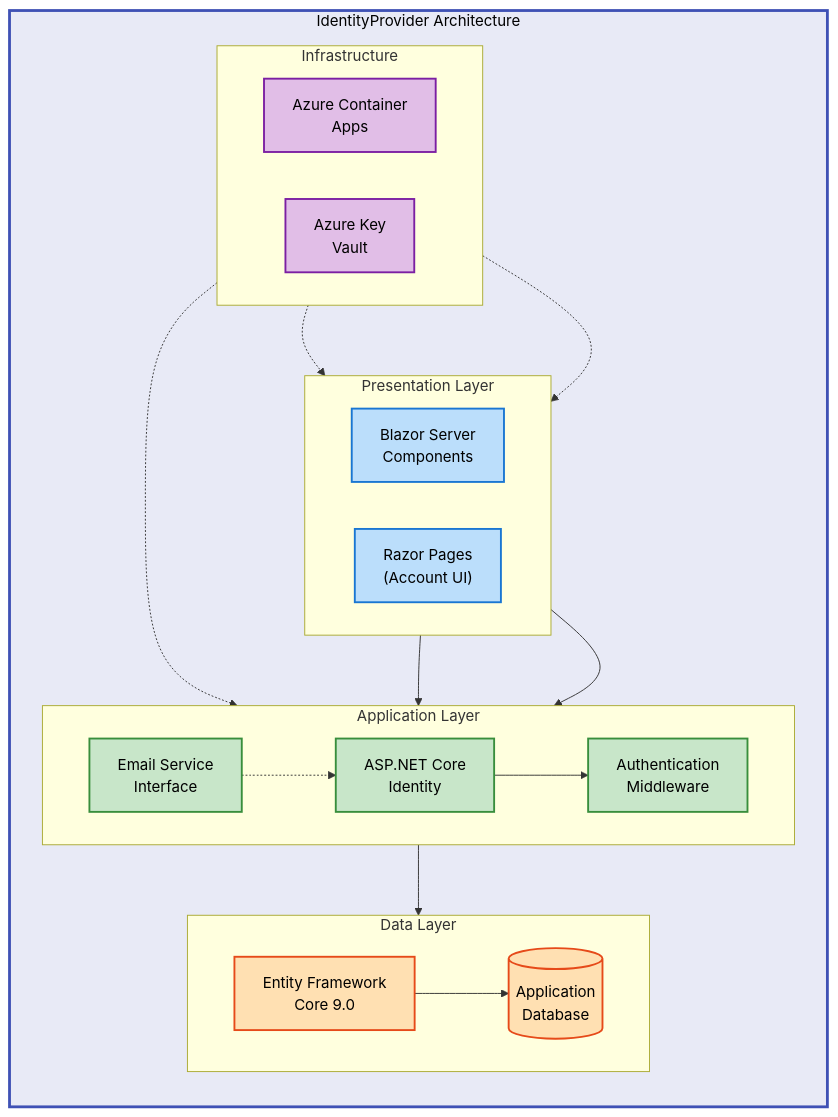
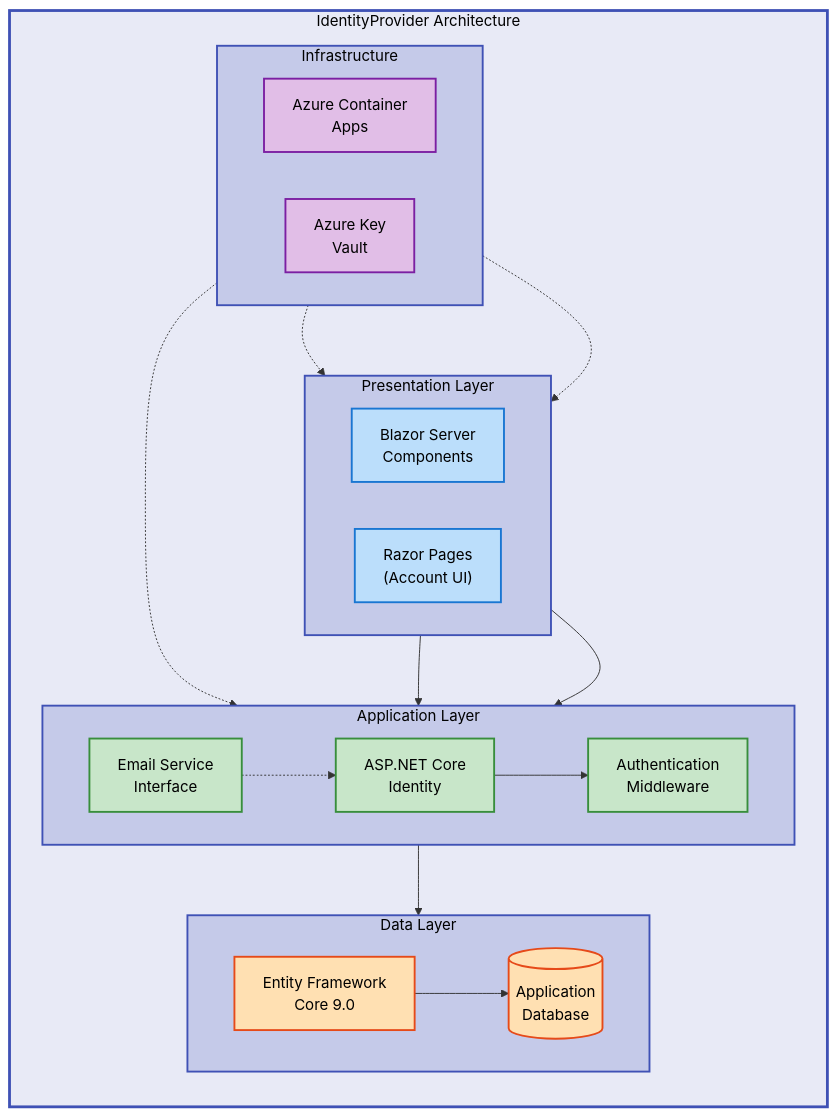
One commit to Evilazaro/IdentityProvider changed the diagram in README.md. Above: the diagram before and after it, drawn with Mermaid.

Commit message:
Enhance architecture diagram in README.md with improved color scheme and group definitions for better clarity

````diff
--- a/README.md
+++ b/README.md
@@ -199,52 +199,74 @@
 ```mermaid
 %%{init: {"flowchart": {"htmlLabels": false}} }%%
 flowchart TB
+    %% ============================================
+    %% STANDARD COLOR SCHEME
+    %% ============================================
+    %% Main Group (Neutral background - MANDATORY)
     classDef mainGroup fill:#E8EAF6,stroke:#3F51B5,stroke-width:3px,color:#000
+
+    %% Sub Group
+    classDef subGroup fill:#C5CAE9,stroke:#3F51B5,stroke-width:2px,color:#000
+
+    %% Content (Semantic colors)
     classDef mdBlue fill:#BBDEFB,stroke:#1976D2,stroke-width:2px,color:#000
     classDef mdGreen fill:#C8E6C9,stroke:#388E3C,stroke-width:2px,color:#000
+    classDef mdRed fill:#FFCDD2,stroke:#D32F2F,stroke-width:2px,color:#000
+    classDef mdYellow fill:#FFF9C4,stroke:#F57F17,stroke-width:2px,color:#000
     classDef mdOrange fill:#FFE0B2,stroke:#E64A19,stroke-width:2px,color:#000
     classDef mdPurple fill:#E1BEE7,stroke:#7B1FA2,stroke-width:2px,color:#000
+    classDef mdTeal fill:#B2DFDB,stroke:#00796B,stroke-width:2px,color:#000
+    classDef mdGrey fill:#F5F5F5,stroke:#616161,stroke-width:2px,color:#000
+    %% ============================================
 
+    %% Main system container
     subgraph system["IdentityProvider Architecture"]
         direction TB
 
+        %% Presentation tier - handles user interface
         subgraph presentation["Presentation Layer"]
             direction LR
             blazor["Blazor Server<br/>Components"]:::mdBlue
             pages["Razor Pages<br/>(Account UI)"]:::mdBlue
         end
 
+        %% Application tier - business logic and authentication
         subgraph application["Application Layer"]
             direction LR
             identity["ASP.NET Core<br/>Identity"]:::mdGreen
             auth["Authentication<br/>Middleware"]:::mdGreen
             email["Email Service<br/>Interface"]:::mdGreen
         end
 
+        %% Data tier - persistence and database operations
         subgraph data["Data Layer"]
             direction LR
             efcore["Entity Framework<br/>Core 9.0"]:::mdOrange
             appdb[("Application<br/>Database")]:::mdOrange
         end
 
+        %% Infrastructure tier - cloud and external services
         subgraph infrastructure["Infrastructure"]
             direction LR
             azure["Azure Container<br/>Apps"]:::mdPurple
             keyvault["Azure Key<br/>Vault"]:::mdPurple
         end
 
+        %% Component relationships
         blazor --> identity
         pages --> identity
         identity --> auth
         auth --> efcore
         email -.-> identity
         efcore --> appdb
 
+        %% Infrastructure connections (dotted = optional/runtime)
         azure -.-> blazor
         azure -.-> pages
         keyvault -.-> auth
     end
 
+    %% Apply styles to groups
     class system mainGroup
     class presentation,application,data,infrastructure subGroup
 ```
````
